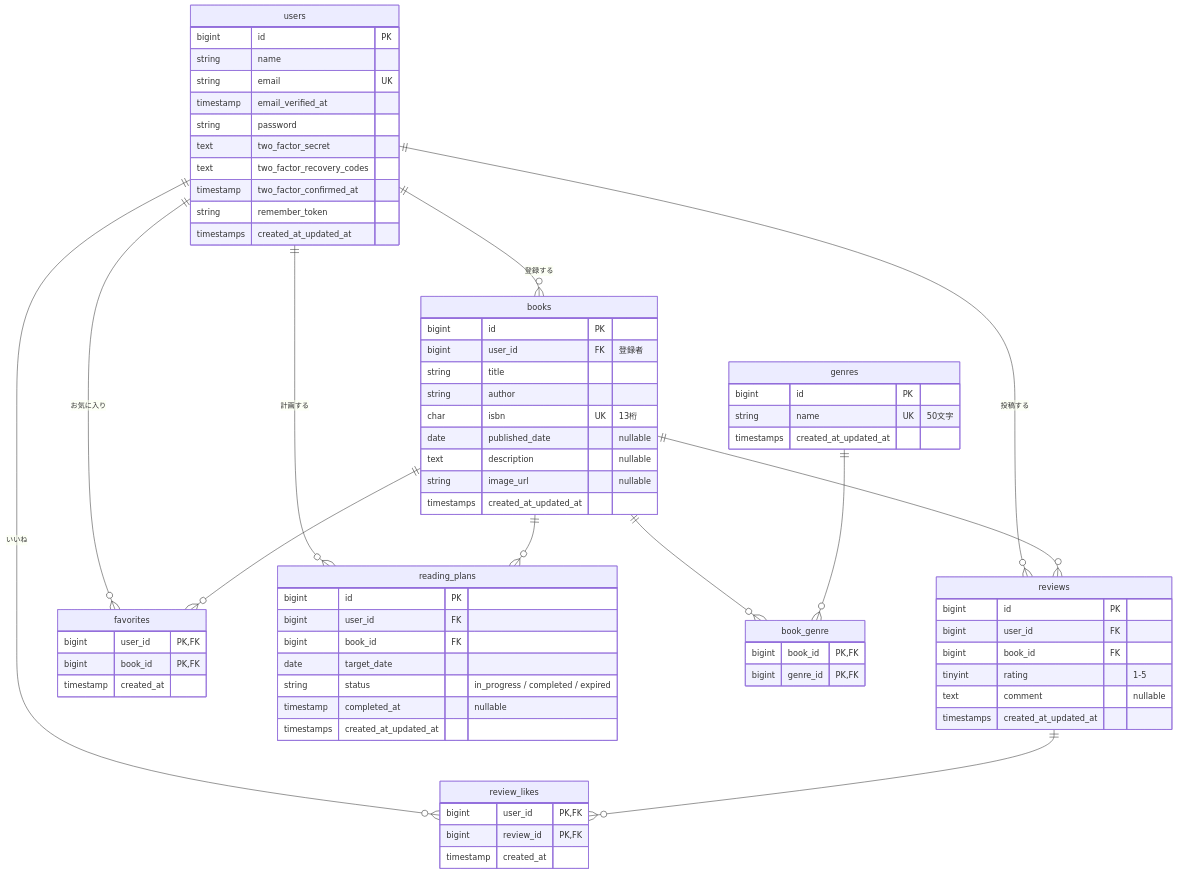
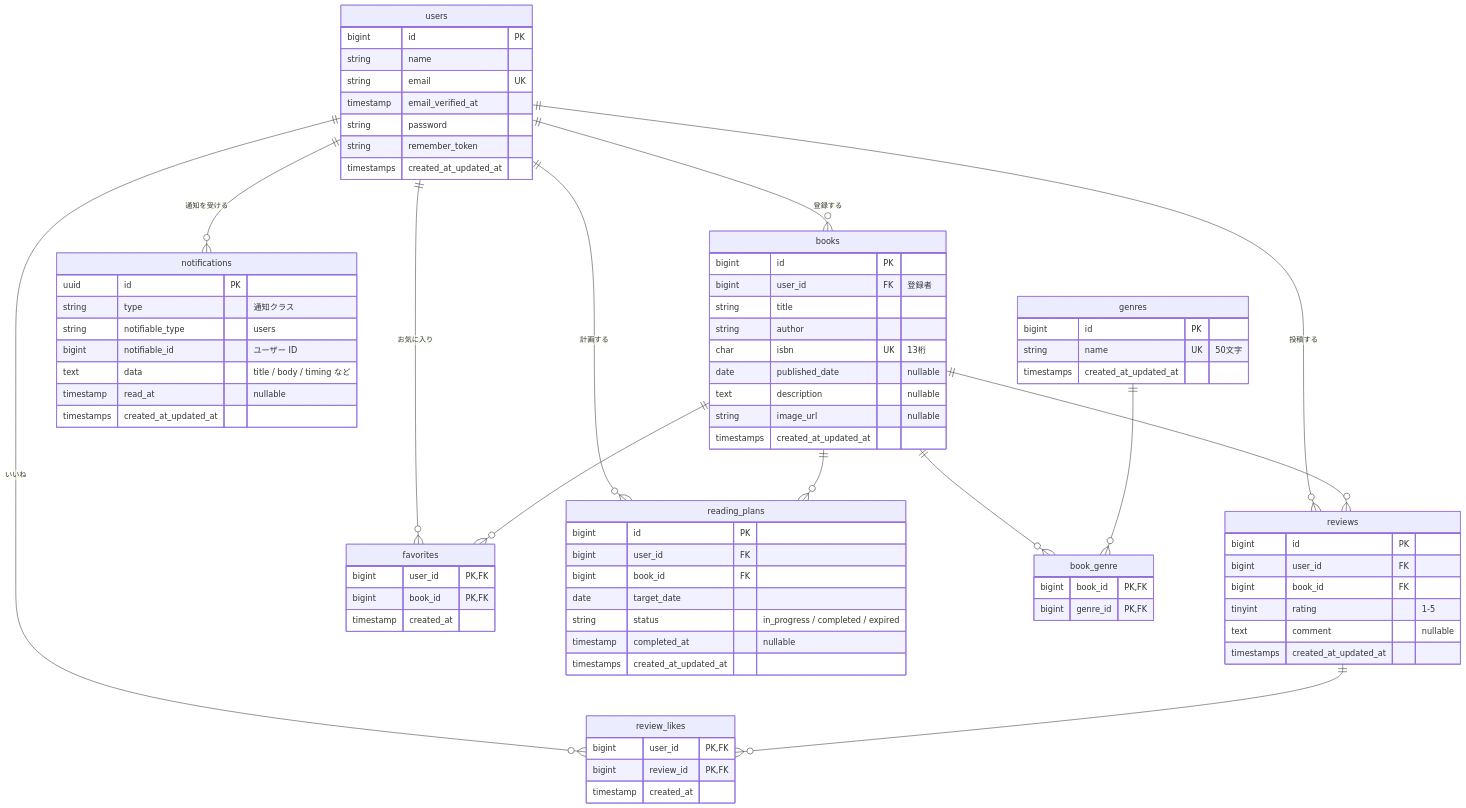
One commit to Yoshi14-M/bookshelf-app changed the diagram in README.md. Above: the diagram before and after it, drawn with Mermaid. The commit also changed other lines of this file and 35 other files, not shown here.

````diff
--- a/README.md
+++ b/README.md
@@ -204,74 +211,81 @@
 ```mermaid
 erDiagram
     users ||--o{ books : "登録する"
     users ||--o{ reviews : "投稿する"
     users ||--o{ favorites : "お気に入り"
     books ||--o{ favorites : ""
     users ||--o{ review_likes : "いいね"
     users ||--o{ reading_plans : "計画する"
+    users ||--o{ notifications : "通知を受ける"
     books ||--o{ reading_plans : ""
     reviews ||--o{ review_likes : ""
     books ||--o{ reviews : ""
     books ||--o{ book_genre : ""
     genres ||--o{ book_genre : ""
 
     users {
         bigint id PK
         string name
         string email UK
         timestamp email_verified_at
         string password
-        text two_factor_secret
-        text two_factor_recovery_codes
-        timestamp two_factor_confirmed_at
         string remember_token
         timestamps created_at_updated_at
     }
     genres {
         bigint id PK
         string name UK "50文字"
         timestamps created_at_updated_at
     }
     books {
         bigint id PK
         bigint user_id FK "登録者"
         string title
         string author
         char isbn UK "13桁"
         date published_date "nullable"
         text description "nullable"
         string image_url "nullable"
         timestamps created_at_updated_at
     }
     book_genre {
         bigint book_id PK, FK
         bigint genre_id PK, FK
     }
     reviews {
         bigint id PK
         bigint user_id FK
         bigint book_id FK
         tinyint rating "1-5"
         text comment "nullable"
         timestamps created_at_updated_at
     }
     favorites {
         bigint user_id PK, FK
         bigint book_id PK, FK
         timestamp created_at
     }
     review_likes {
         bigint user_id PK, FK
         bigint review_id PK, FK
         timestamp created_at
     }
+    notifications {
+        uuid id PK
+        string type "通知クラス"
+        string notifiable_type "users"
+        bigint notifiable_id "ユーザー ID"
+        text data "title / body / timing など"
+        timestamp read_at "nullable"
+        timestamps created_at_updated_at
+    }
     reading_plans {
         bigint id PK
         bigint user_id FK
         bigint book_id FK
         date target_date
         string status "in_progress / completed / expired"
         timestamp completed_at "nullable"
         timestamps created_at_updated_at
     }
 ```
````
